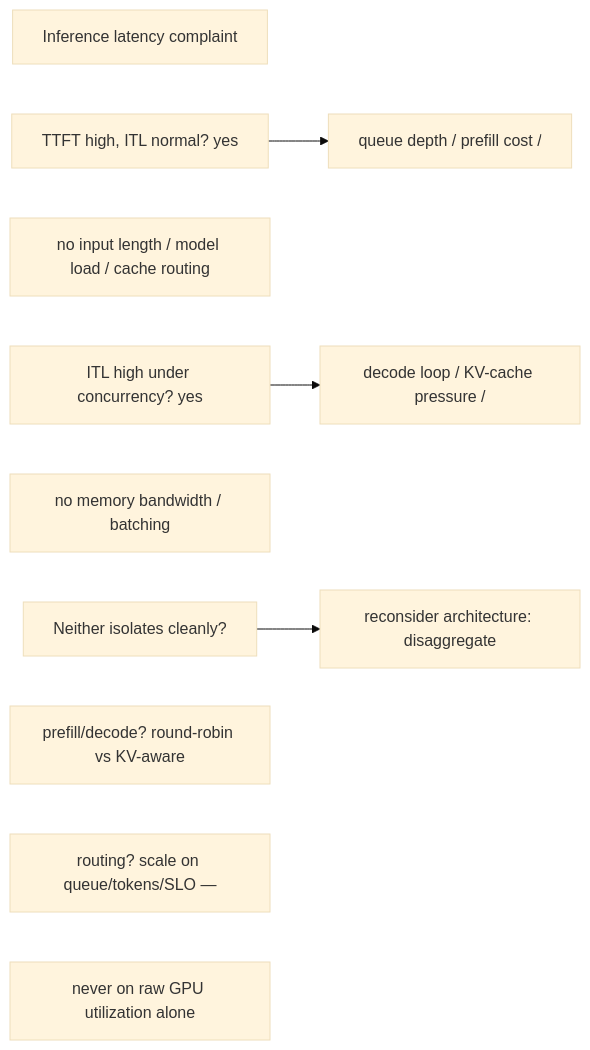
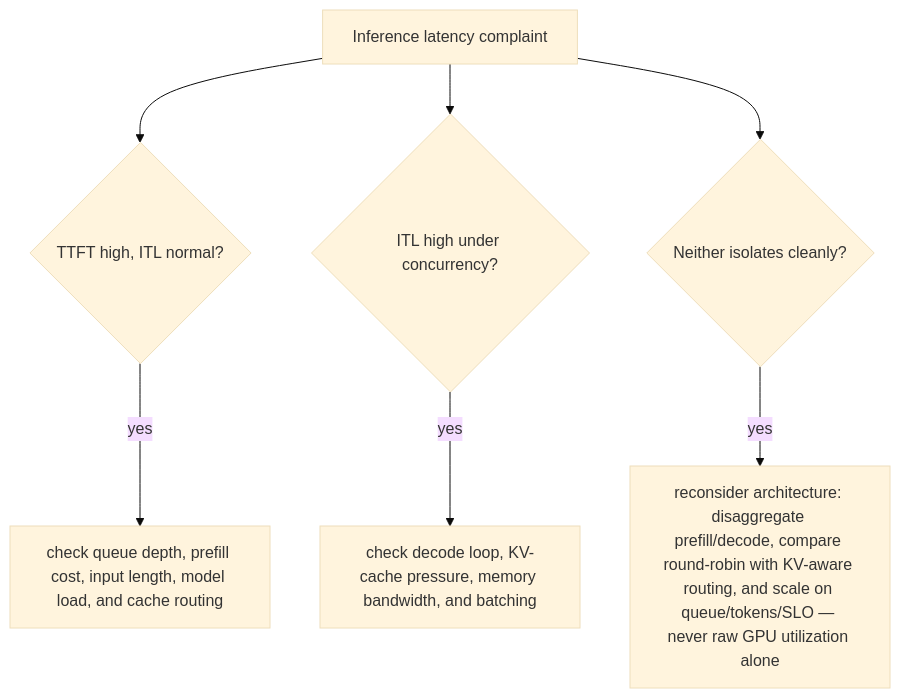
Before and after one commit to jithinpnjm/nvidia-devops: the diagram in docs/volume-09/18-question-set-e-ai-inference-architecture.md, drawn with Mermaid (base theme). The commit also changed other lines of this file and 99 other files, not shown here.

````diff
--- a/docs/volume-09/18-question-set-e-ai-inference-architecture.md
+++ b/docs/volume-09/18-question-set-e-ai-inference-architecture.md
@@ -19,19 +19,10 @@
 ```mermaid
-flowchart LR
-  %% Converted from the original ASCII diagram; source wording is preserved.
-  n0["Inference latency complaint"]
-  n1["TTFT high, ITL normal? yes"]
-  n2["queue depth / prefill cost /"]
-  n3["no input length / model load / cache routing"]
-  n4["ITL high under concurrency? yes"]
-  n5["decode loop / KV-cache pressure /"]
-  n6["no memory bandwidth / batching"]
-  n7["Neither isolates cleanly?"]
-  n8["reconsider architecture: disaggregate"]
-  n9["prefill/decode? round-robin vs KV-aware"]
-  n10["routing? scale on queue/tokens/SLO —"]
-  n11["never on raw GPU utilization alone"]
-  n1 --> n2
-  n4 --> n5
-  n7 --> n8
+flowchart TD
+  Root["Inference latency complaint"]
+  Root --> TTFT{"TTFT high, ITL normal?"}
+  TTFT -->|"yes"| Prefill["check queue depth, prefill cost, input length, model load, and cache routing"]
+  Root --> ITL{"ITL high under concurrency?"}
+  ITL -->|"yes"| Decode["check decode loop, KV-cache pressure, memory bandwidth, and batching"]
+  Root --> Neither{"Neither isolates cleanly?"}
+  Neither -->|"yes"| Rethink["reconsider architecture: disaggregate prefill/decode, compare round-robin with KV-aware routing, and scale on queue/tokens/SLO — never raw GPU utilization alone"]
 ```
````
